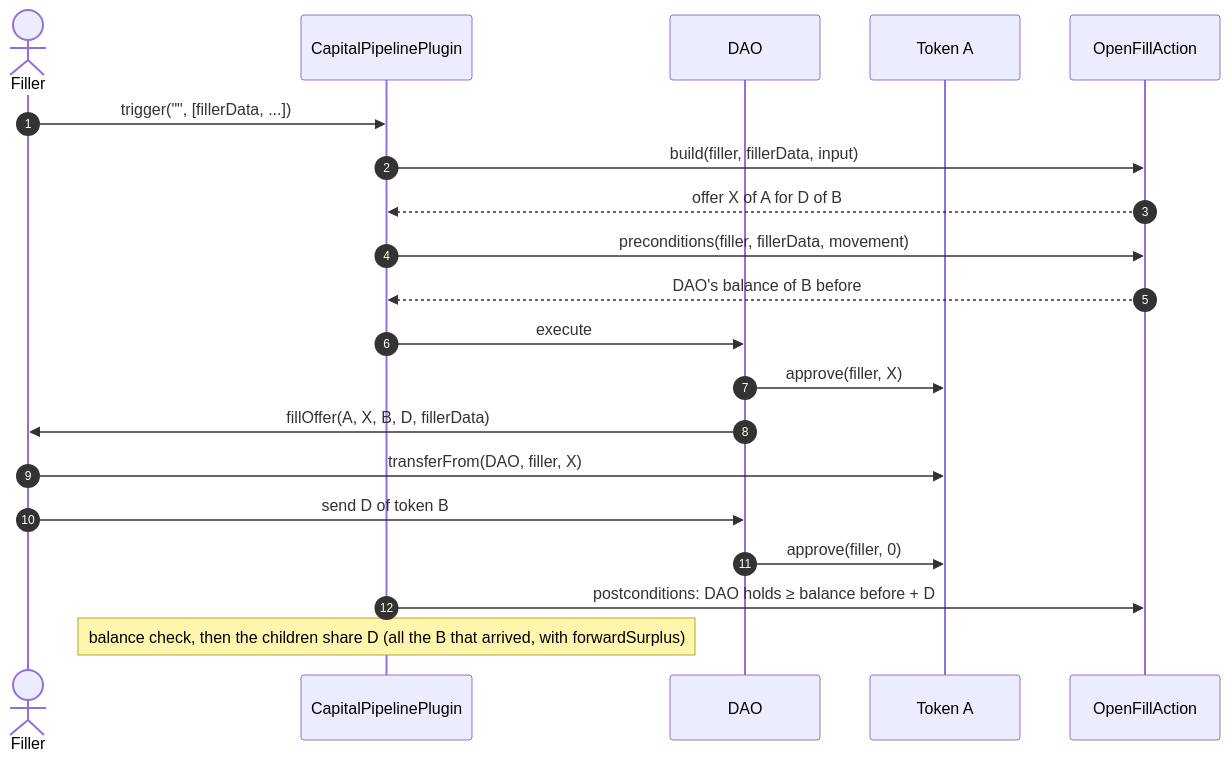
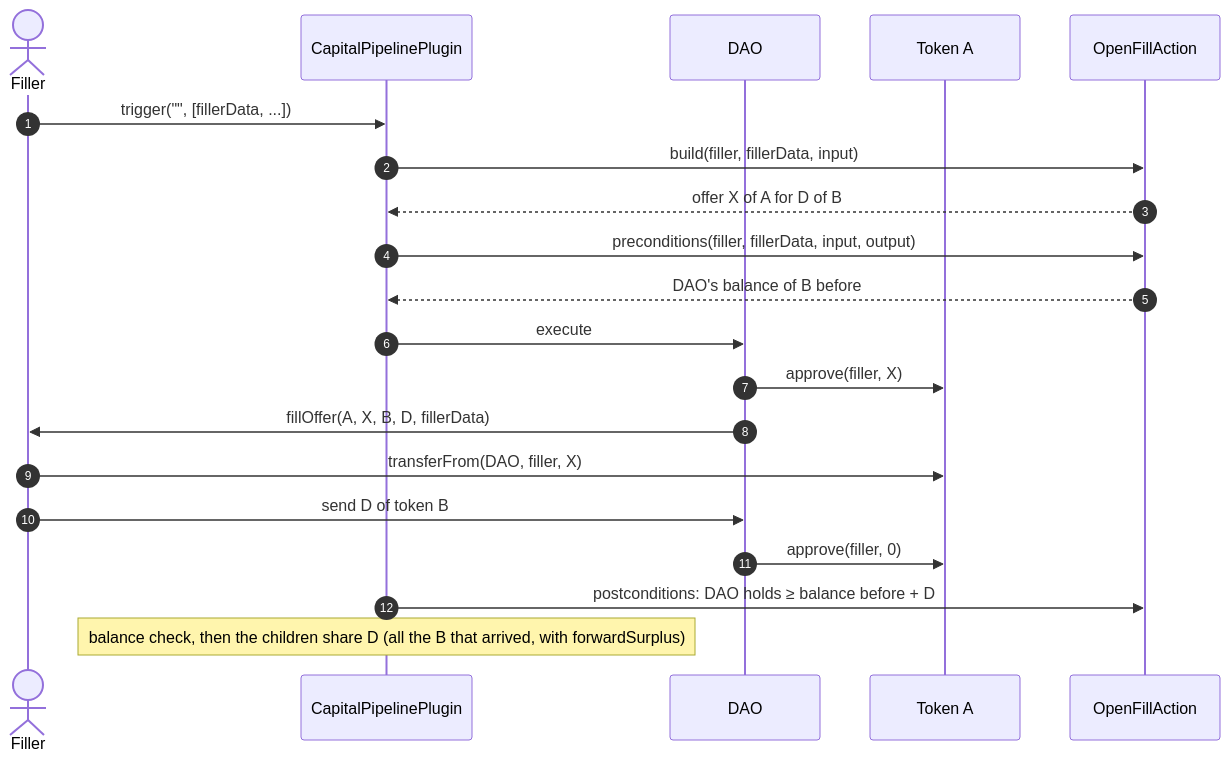
One commit to antfarm-official/tree-capital changed the fourth of 10 diagrams in README.md. Above: the diagram before and after it, drawn with Mermaid. The commit also changed other lines of this file and 9 other files, not shown here.

````diff
--- a/README.md
+++ b/README.md
@@ -219,23 +221,23 @@
 ```mermaid
 sequenceDiagram
     autonumber
     actor Filler
     participant Plugin as CapitalPipelinePlugin
     participant DAO
     participant TokenA as Token A
     participant Fill as OpenFillAction
 
     Filler->>Plugin: trigger("", [fillerData, ...])
     Plugin->>Fill: build(filler, fillerData, input)
     Fill-->>Plugin: offer X of A for D of B
-    Plugin->>Fill: preconditions(filler, fillerData, movement)
+    Plugin->>Fill: preconditions(filler, fillerData, input, output)
     Fill-->>Plugin: DAO's balance of B before
     Plugin->>DAO: execute
     DAO->>TokenA: approve(filler, X)
     DAO->>Filler: fillOffer(A, X, B, D, fillerData)
     Filler->>TokenA: transferFrom(DAO, filler, X)
     Filler->>DAO: send D of token B
     DAO->>TokenA: approve(filler, 0)
     Plugin->>Fill: postconditions: DAO holds ≥ balance before + D
     Note over Plugin: balance check, then the children share D (all the B that arrived, with forwardSurplus)
 ```
````
